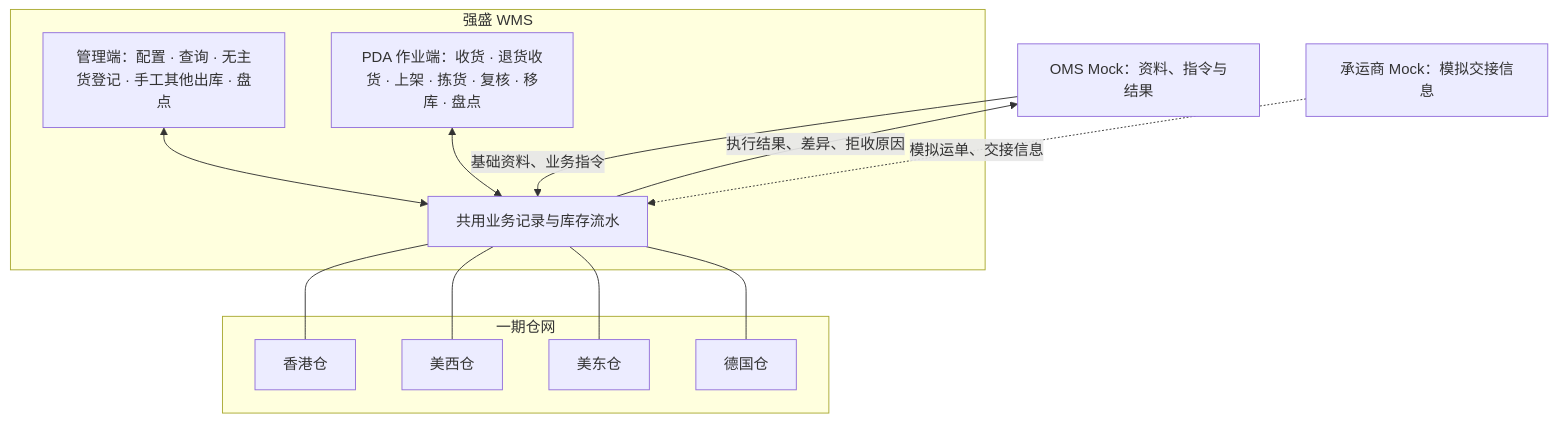
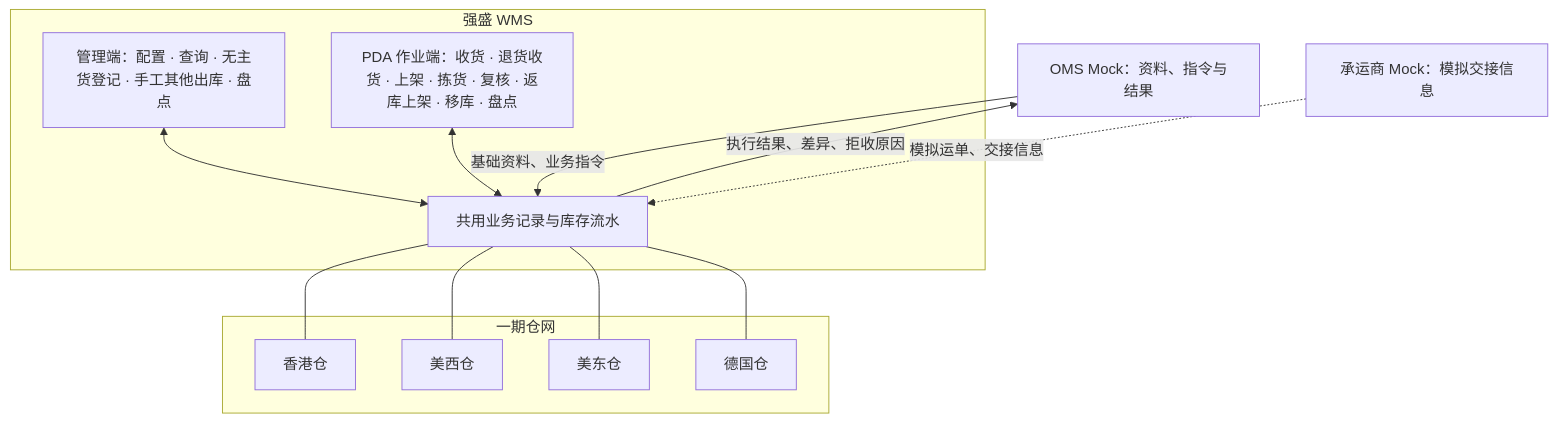
One commit to TopVitamin/QS-WMS-Project changed the first of 2 diagrams in 05-应用设计方案/20261002-MVP版本/系统架构设计/00-系统与模块地图.md. Above: the diagram before and after it, drawn with Mermaid. The commit also changed other lines of this file and 174 other files, not shown here.

````diff
--- a/05-应用设计方案/20261002-MVP版本/系统架构设计/00-系统与模块地图.md
+++ b/05-应用设计方案/20261002-MVP版本/系统架构设计/00-系统与模块地图.md
@@ -16,25 +17,25 @@
 ```mermaid
 flowchart TB
     M[OMS Mock：资料、指令与结果]
     L[承运商 Mock：模拟交接信息]
     subgraph WMS[强盛 WMS]
         A[管理端：配置 · 查询 · 无主货登记 · 手工其他出库 · 盘点]
-        P[PDA 作业端：收货 · 退货收货 · 上架 · 拣货 · 复核 · 移库 · 盘点]
+        P[PDA 作业端：收货 · 退货收货 · 上架 · 拣货 · 复核 · 返库上架 · 移库 · 盘点]
         S[共用业务记录与库存流水]
         A <--> S
         P <--> S
     end
     subgraph 一期仓网
         HK[香港仓]
         US[美西仓]
         UE[美东仓]
         DE[德国仓]
     end
     M -->|基础资料、业务指令| S
     S -->|执行结果、差异、拒收原因| M
     L -.->|模拟运单、交接信息| S
     S --- HK
     S --- US
     S --- UE
     S --- DE
 ```
````
